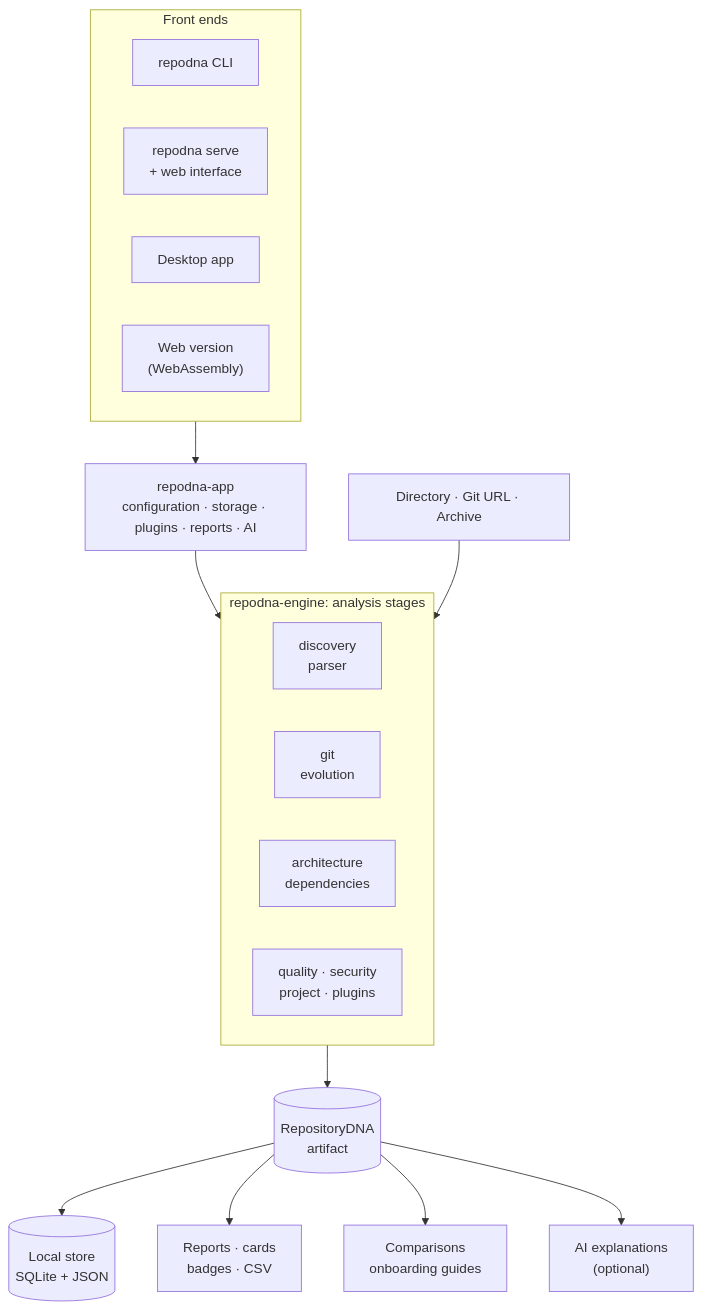
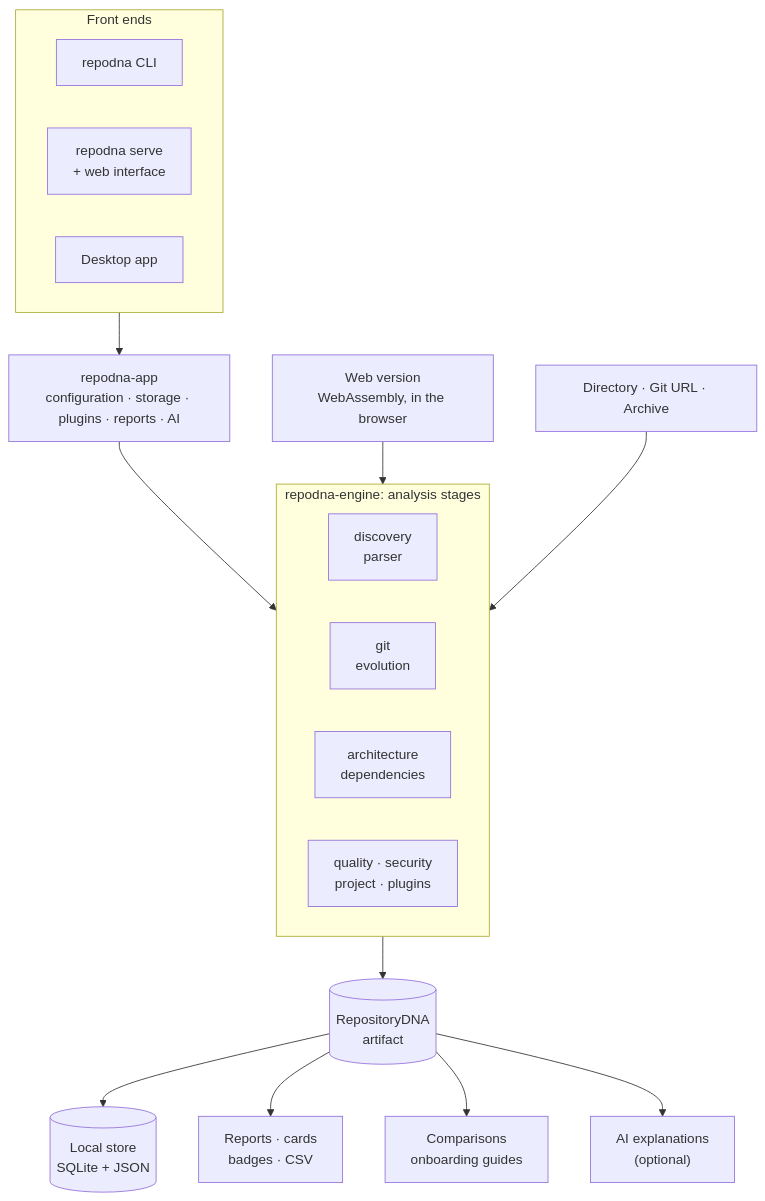
Before and after one commit to sanskarIN/RepoDNA: the diagram in README.md, drawn with Mermaid.

Commit message:
docs(readme): draw the web version's analysis next to the app layer
The web version runs the engine without repodna-app (configuration,
storage, plugins), so the architecture diagram draws it beside the
other front ends, straight to the engine.

````diff
--- a/README.md
+++ b/README.md
@@ -165,32 +165,33 @@
 ```mermaid
 flowchart TB
     subgraph Frontends["Front ends"]
         direction LR
         cli["repodna CLI"]
         server["repodna serve<br/>+ web interface"]
         desktop["Desktop app"]
-        web["Web version<br/>(WebAssembly)"]
     end
+    web["Web version<br/>WebAssembly, in the browser"]
     app["repodna-app<br/>configuration · storage · plugins · reports · AI"]
     inputs["Directory · Git URL · Archive"]
     subgraph Engine["repodna-engine: analysis stages"]
         direction LR
         discovery["discovery<br/>parser"]
         history["git<br/>evolution"]
         structure["architecture<br/>dependencies"]
         signals["quality · security<br/>project · plugins"]
     end
     artifact[("RepositoryDNA<br/>artifact")]
     store[("Local store<br/>SQLite + JSON")]
     reports["Reports · cards<br/>badges · CSV"]
     compare["Comparisons<br/>onboarding guides"]
     ai["AI explanations<br/>(optional)"]
     Frontends --> app
     app --> Engine
+    web --> Engine
     inputs --> Engine
     Engine --> artifact
     artifact --> store
     artifact --> reports
     artifact --> compare
     artifact --> ai
 ```
````
